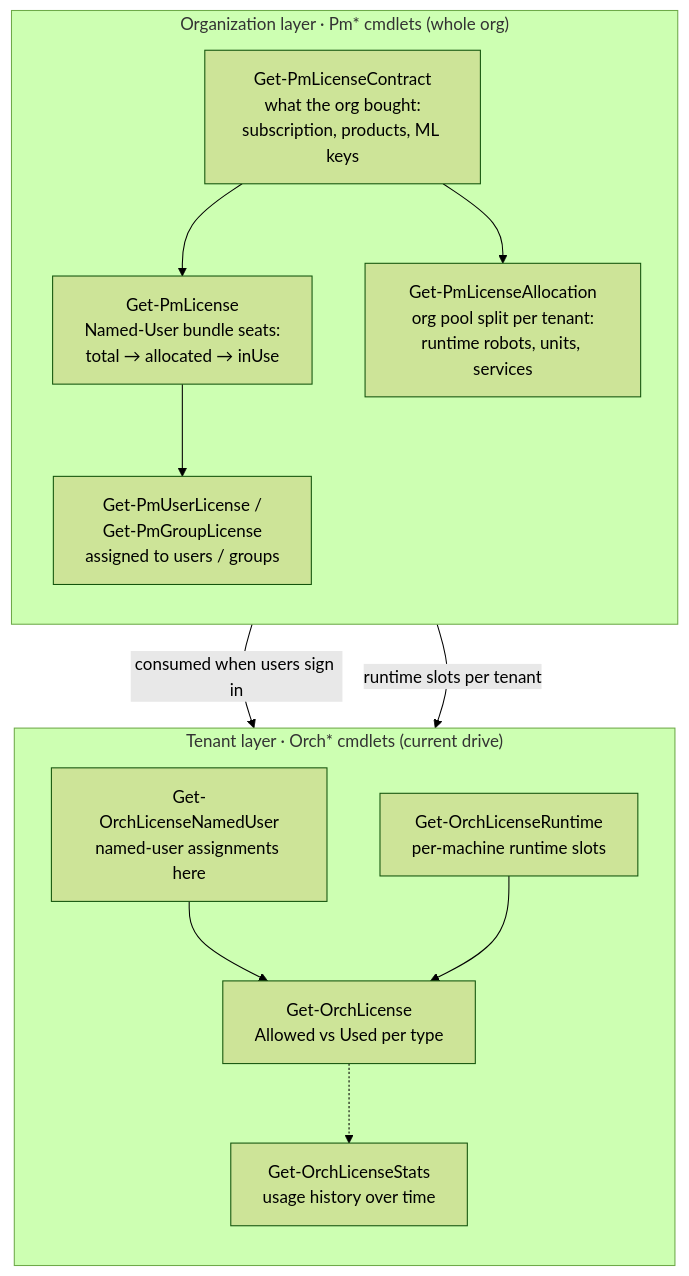
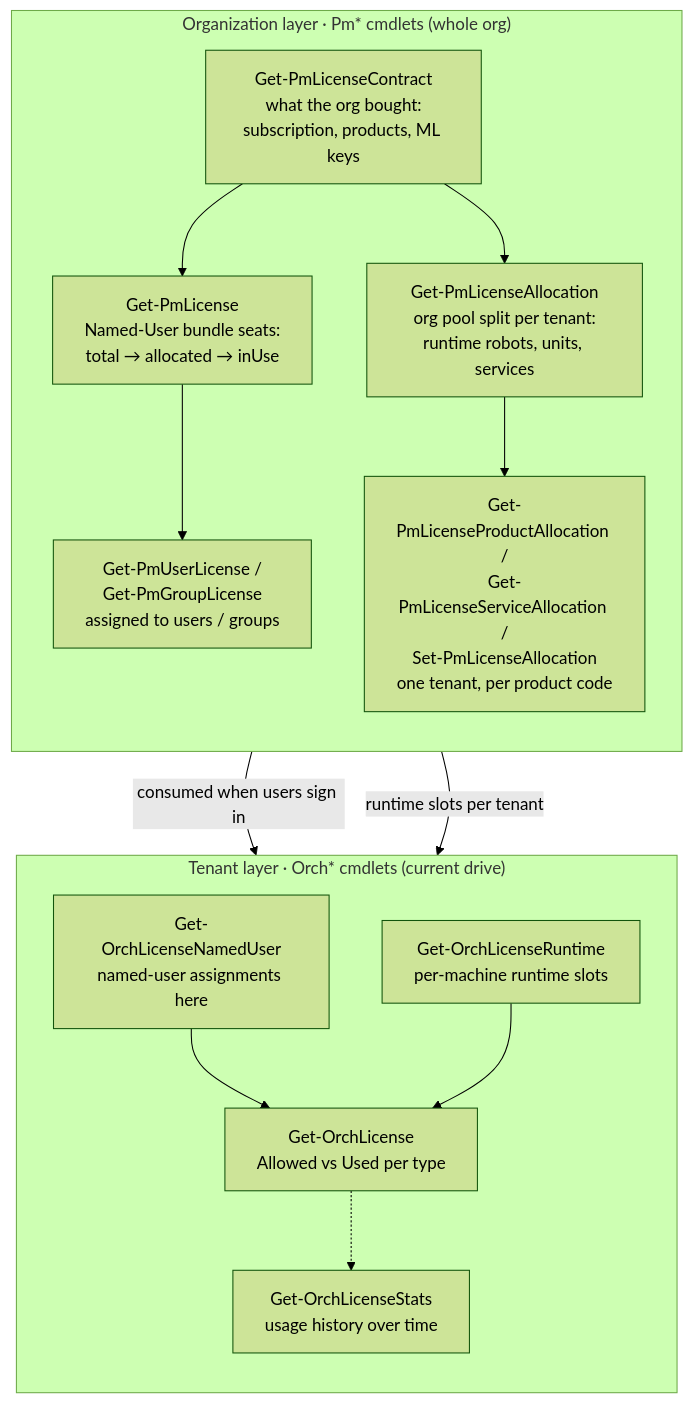
Before and after one commit to UiPath-Services/UiPathOrch: the diagram in docs/07-LicensingGuide.md, drawn with Mermaid (forest theme). The commit also changed other lines of this file and 46 other files, not shown here.

````diff
--- a/docs/07-LicensingGuide.md
+++ b/docs/07-LicensingGuide.md
@@ -185,24 +206,25 @@
 ```mermaid
 flowchart TB
   subgraph ORG["Organization layer · Pm* cmdlets (whole org)"]
     direction TB
     C["Get-PmLicenseContract<br/>what the org bought:<br/>subscription, products, ML keys"]
     B["Get-PmLicense<br/>Named-User bundle seats:<br/>total → allocated → inUse"]
     A["Get-PmLicenseAllocation<br/>org pool split per tenant:<br/>runtime robots, units, services"]
+    P["Get-PmLicenseProductAllocation /<br/>Get-PmLicenseServiceAllocation /<br/>Set-PmLicenseAllocation<br/>one tenant, per product code"]
     UG["Get-PmUserLicense /<br/>Get-PmGroupLicense<br/>assigned to users / groups"]
     C --> B --> UG
-    C --> A
+    C --> A --> P
   end
   subgraph TEN["Tenant layer · Orch* cmdlets (current drive)"]
     direction TB
     L["Get-OrchLicense<br/>Allowed vs Used per type"]
     N["Get-OrchLicenseNamedUser<br/>named-user assignments here"]
     R["Get-OrchLicenseRuntime<br/>per-machine runtime slots"]
     S["Get-OrchLicenseStats<br/>usage history over time"]
   end
   UG -->|consumed when users sign in| N
   A -->|runtime slots per tenant| R
   N --> L
   R --> L
   L -.-> S
 ```
````
